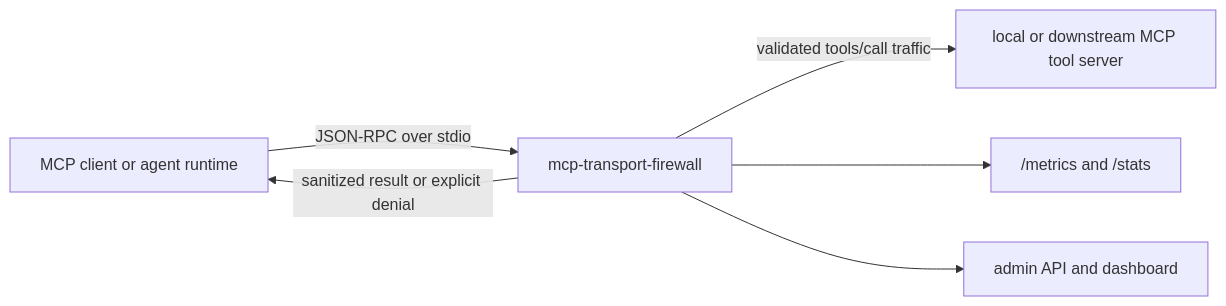
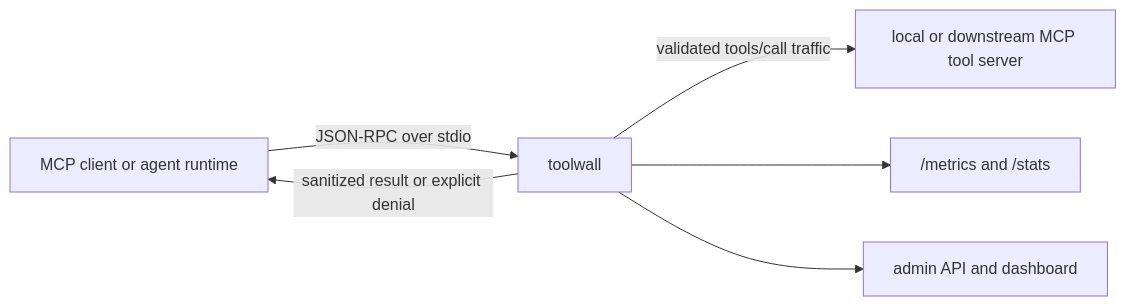
The diagram in docs/ARCHITECTURE.md (maksboreichuk88-commits/MCP-server), drawn with Mermaid before and after one commit. The commit also changed 111 other files, not shown here.

````diff
--- a/docs/ARCHITECTURE.md
+++ b/docs/ARCHITECTURE.md
@@ -3,8 +3,8 @@
 ```mermaid
 flowchart LR
-  Client["MCP client or agent runtime"] -->|JSON-RPC over stdio| Firewall["mcp-transport-firewall"]
+  Client["MCP client or agent runtime"] -->|JSON-RPC over stdio| Firewall["toolwall"]
   Firewall -->|validated tools/call traffic| Target["local or downstream MCP tool server"]
   Firewall -->|sanitized result or explicit denial| Client
   Firewall --> Metrics["/metrics and /stats"]
   Firewall --> Dashboard["admin API and dashboard"]
 ```
````
